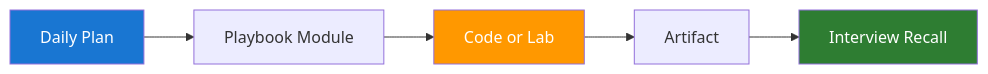
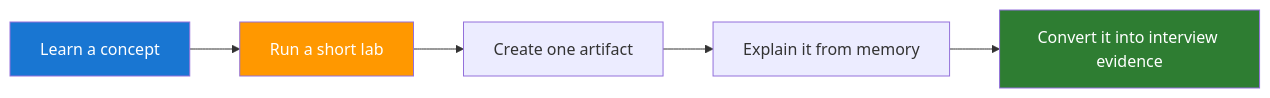
The diagram in docs/05-ai-engineer-playbook/07-incremental-learning-labs.md (nitinkc/AI-Engineering-Learning), drawn with Mermaid before and after one commit. The commit also changed other lines of this file and 48 other files, not shown here.

````diff
--- a/docs/05-ai-engineer-playbook/07-incremental-learning-labs.md
+++ b/docs/05-ai-engineer-playbook/07-incremental-learning-labs.md
@@ -157,11 +12,11 @@
 ```mermaid
 graph LR
-	A[Daily Plan] --> B[Playbook Module]
-	B --> C[Code or Lab]
-	C --> D[Artifact]
-	D --> E[Interview Recall]
+	A[Learn a concept] --> B[Run a short lab]
+	B --> C[Create one artifact]
+	C --> D[Explain it from memory]
+	D --> E[Convert it into interview evidence]
 
 	style A fill:#1976d2,color:#fff
-	style C fill:#ff9800,color:#fff
+	style B fill:#ff9800,color:#fff
 	style E fill:#2e7d32,color:#fff
 ```
````
